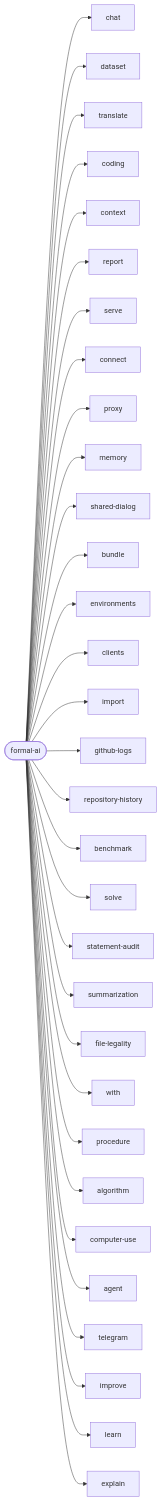
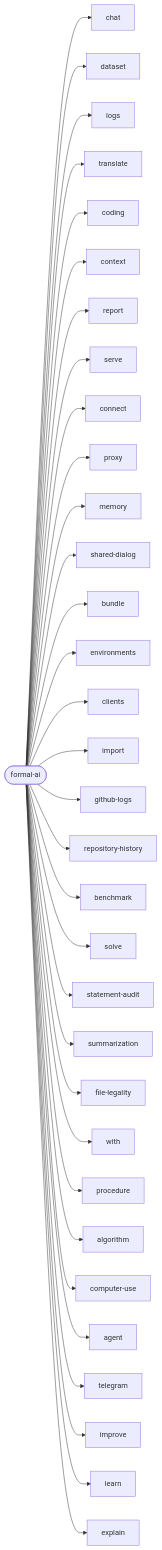
The diagram in docs/diagrams/cli-subcommands.md (link-assistant/formal-ai), drawn with Mermaid before and after one commit. The commit also changed other lines of this file and 162 other files, not shown here.

````diff
--- a/docs/diagrams/cli-subcommands.md
+++ b/docs/diagrams/cli-subcommands.md
@@ -9,35 +9,36 @@
 ```mermaid
 flowchart LR
     cli(["formal-ai"])
     cli --> c_chat["chat"]
     cli --> c_dataset["dataset"]
+    cli --> c_logs["logs"]
     cli --> c_translate["translate"]
     cli --> c_coding["coding"]
     cli --> c_context["context"]
     cli --> c_report["report"]
     cli --> c_serve["serve"]
     cli --> c_connect["connect"]
     cli --> c_proxy["proxy"]
     cli --> c_memory["memory"]
     cli --> c_shared_dialog["shared-dialog"]
     cli --> c_bundle["bundle"]
     cli --> c_environments["environments"]
     cli --> c_clients["clients"]
     cli --> c_import["import"]
     cli --> c_github_logs["github-logs"]
     cli --> c_repository_history["repository-history"]
     cli --> c_benchmark["benchmark"]
     cli --> c_solve["solve"]
     cli --> c_statement_audit["statement-audit"]
     cli --> c_summarization["summarization"]
     cli --> c_file_legality["file-legality"]
     cli --> c_with["with"]
     cli --> c_procedure["procedure"]
     cli --> c_algorithm["algorithm"]
     cli --> c_computer_use["computer-use"]
     cli --> c_agent["agent"]
     cli --> c_telegram["telegram"]
     cli --> c_improve["improve"]
     cli --> c_learn["learn"]
     cli --> c_explain["explain"]
 ```
````
